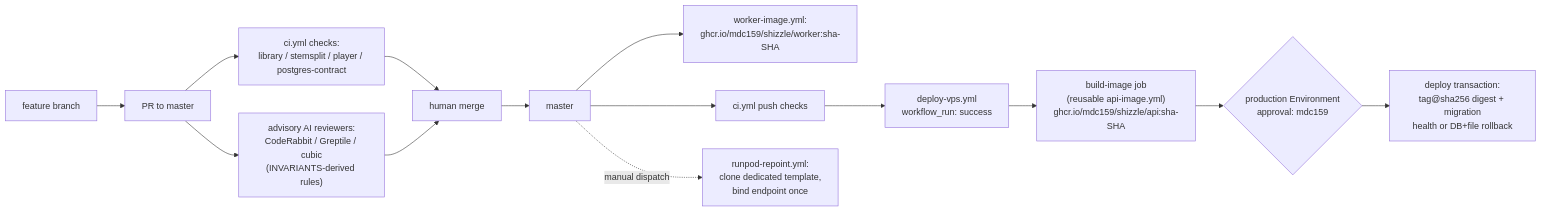
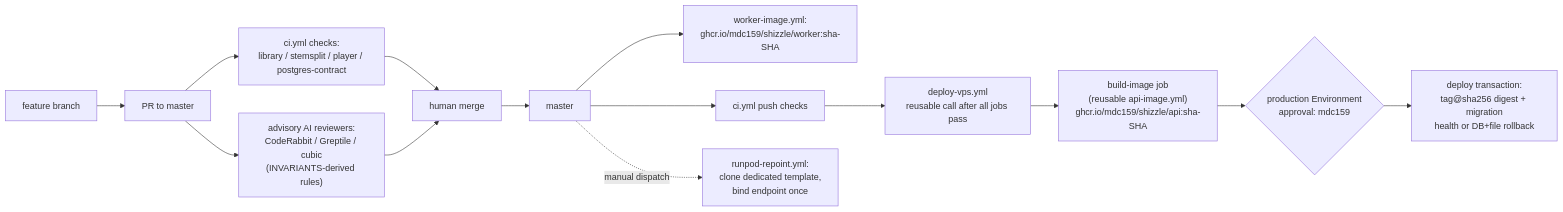
One commit to mdc159/shizzle changed the diagram in docs/AUTOMATION.md. Above: the diagram before and after it, drawn with Mermaid. The commit also changed other lines of this file and 10 other files, not shown here.

````diff
--- a/docs/AUTOMATION.md
+++ b/docs/AUTOMATION.md
@@ -10,16 +10,16 @@
 ```mermaid
 flowchart LR
     FB[feature branch] --> PR[PR to master]
     PR --> CI["ci.yml checks:<br/>library / stemsplit / player / postgres-contract"]
     PR --> AI["advisory AI reviewers:<br/>CodeRabbit / Greptile / cubic<br/>(INVARIANTS-derived rules)"]
     CI --> HM[human merge]
     AI --> HM
     HM --> M[master]
     M --> WI["worker-image.yml:<br/>ghcr.io/mdc159/shizzle/worker:sha-SHA"]
     M --> CI2["ci.yml push checks"]
-    CI2 --> DV["deploy-vps.yml<br/>workflow_run: success"]
+    CI2 --> DV["deploy-vps.yml<br/>reusable call after all jobs pass"]
     DV --> BI["build-image job<br/>(reusable api-image.yml)<br/>ghcr.io/mdc159/shizzle/api:sha-SHA"]
     BI --> GATE{"production Environment<br/>approval: mdc159"}
     GATE --> DEP["deploy transaction:<br/>tag@sha256 digest + migration<br/>health or DB+file rollback"]
     M -. "manual dispatch" .-> RR["runpod-repoint.yml:<br/>clone dedicated template,<br/>bind endpoint once"]
 ```
````
